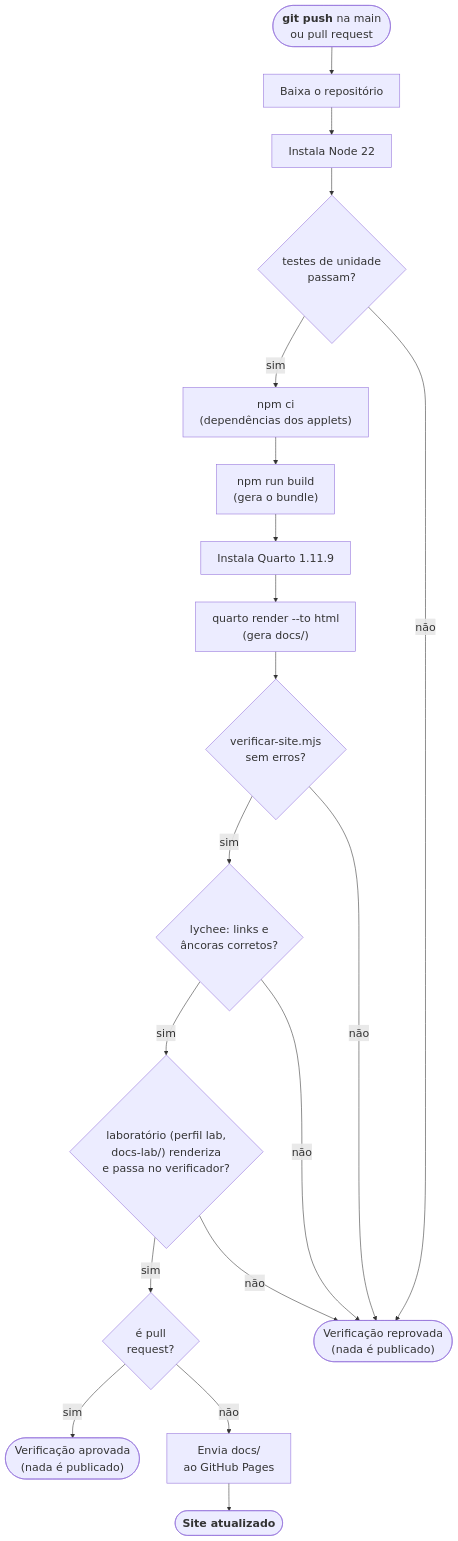
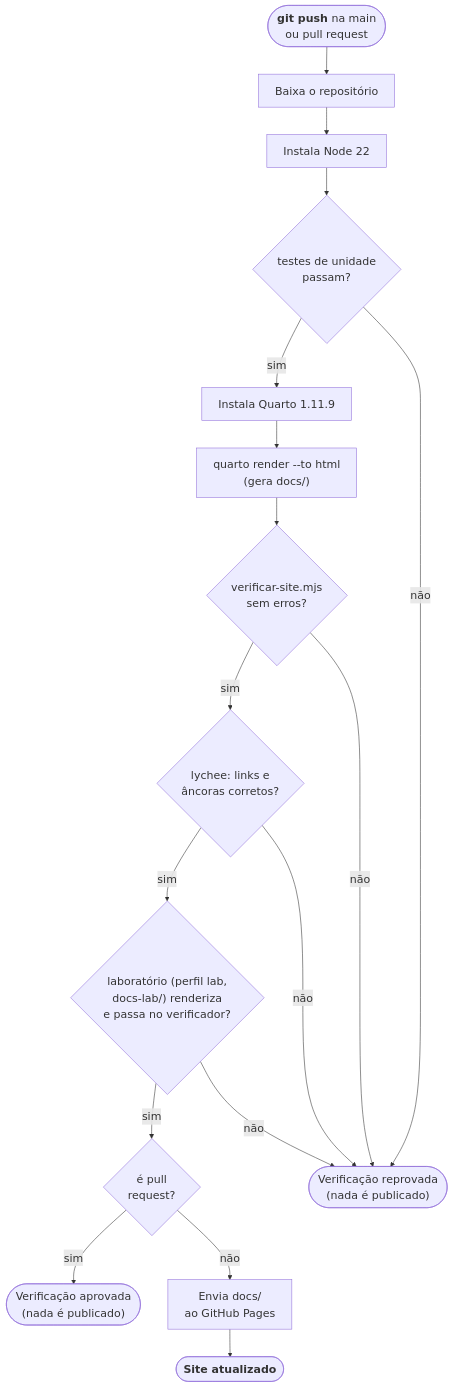
Before and after one commit to lcmerlo/livro-online-fcg: the eighth of 9 diagrams in _interno/diretrizes/arquitetura.md, drawn with Mermaid. The commit also changed other lines of this file and 9 other files, not shown here.

````diff
--- a/_interno/diretrizes/arquitetura.md
+++ b/_interno/diretrizes/arquitetura.md
@@ -467,32 +441,30 @@
 ```mermaid
 %%{init: {"themeVariables": {"fontSize": "20px"}, "flowchart": {"wrappingWidth": 420}}}%%
 flowchart TD
     push(["<b>git push</b> na main<br/>ou pull request"])
     co["Baixa o repositório"]
     node["Instala Node 22"]
     t0{"testes de unidade<br/>passam?"}
-    ci["npm ci<br/>(dependências dos applets)"]
-    build["npm run build<br/>(gera o bundle)"]
     qi["Instala Quarto 1.11.9"]
     render["quarto render --to html<br/>(gera docs/)"]
     t1{"verificar-site.mjs<br/>sem erros?"}
     t2{"lychee: links e<br/>âncoras corretos?"}
     t3{"laboratório (perfil lab,<br/>docs-lab/) renderiza<br/>e passa no verificador?"}
     pr{"é pull<br/>request?"}
     ok(["Verificação aprovada<br/>(nada é publicado)"])
     up["Envia docs/<br/>ao GitHub Pages"]
     dep(["<b>Site atualizado</b>"])
     fail(["Verificação reprovada<br/>(nada é publicado)"])
 
     push --> co --> node --> t0
-    t0 -->|"sim"| ci --> build --> qi --> render --> t1
+    t0 -->|"sim"| qi --> render --> t1
     t1 -->|"sim"| t2
     t2 -->|"sim"| t3
     t3 -->|"sim"| pr
     pr -->|"sim"| ok
     pr -->|"não"| up --> dep
     t0 -->|"não"| fail
     t1 -->|"não"| fail
     t2 -->|"não"| fail
     t3 -->|"não"| fail
 ```
````
